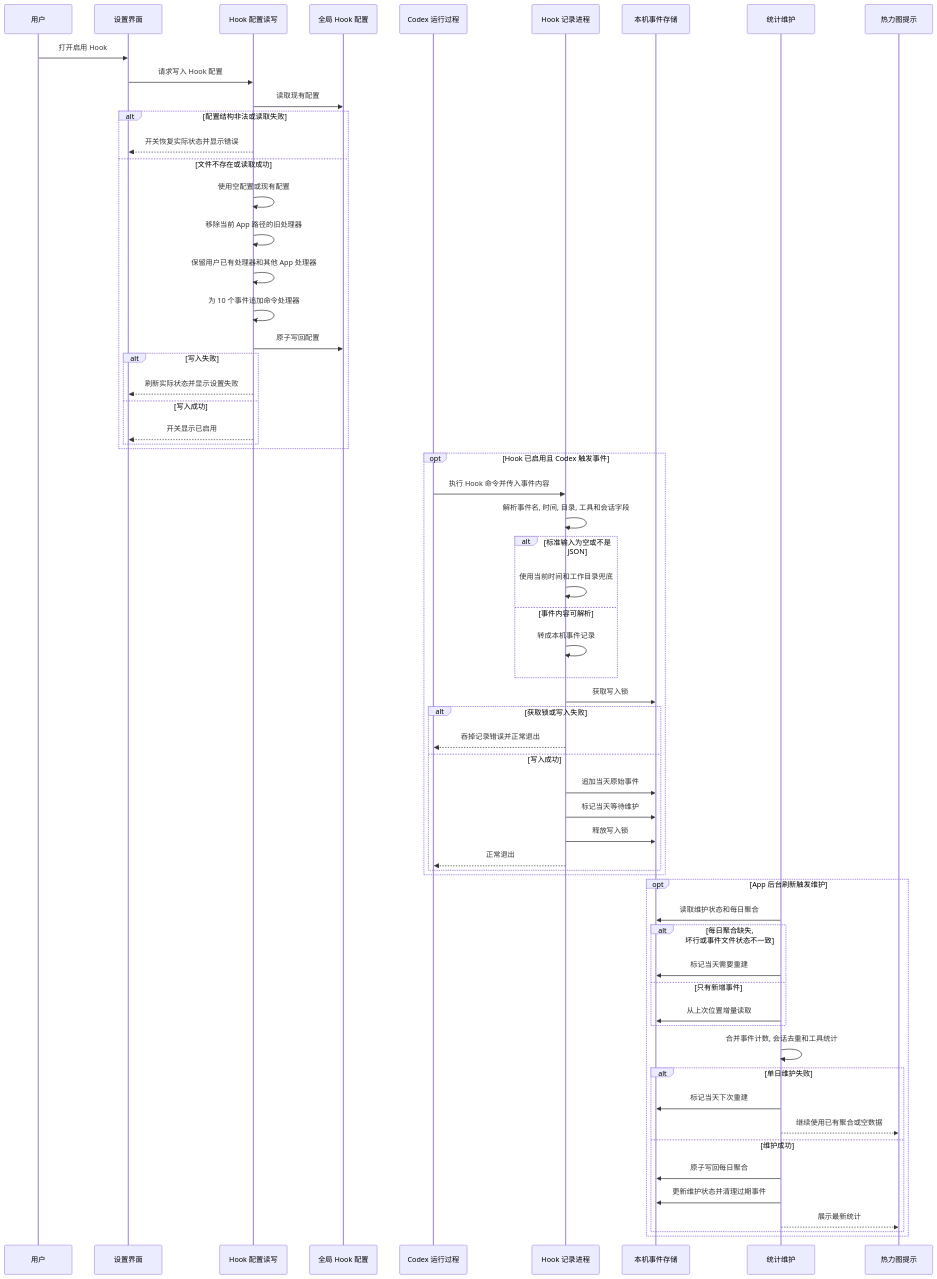
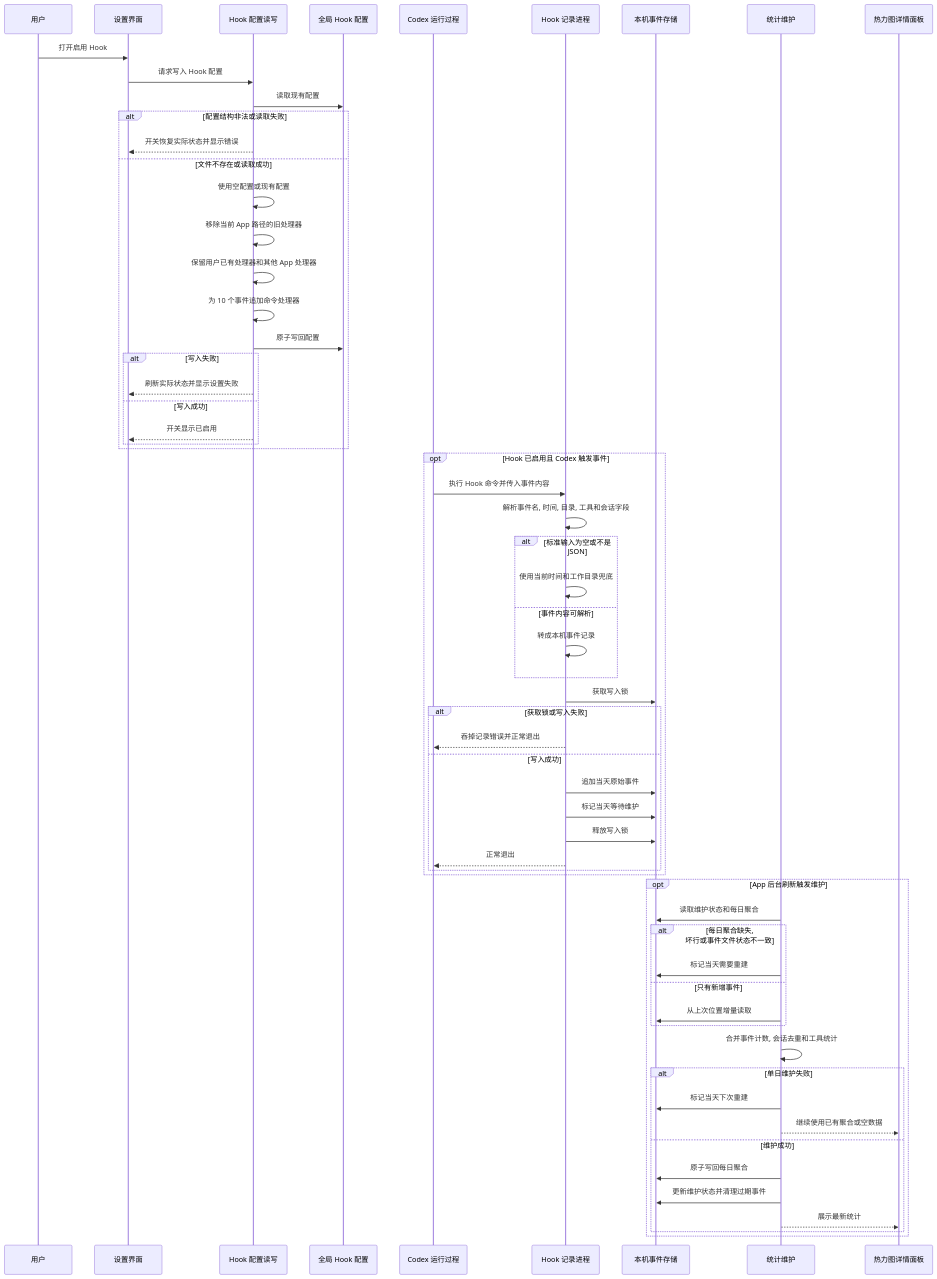
The fourth of 6 diagrams in Docs/DevelopmentGuide.md (bob-zebedy/CodexBar), drawn with Mermaid before and after one commit. The commit also changed other lines of this file and 21 other files, not shown here.

First line of the commit message:
feat: 添加全局快捷键和热力图详情

````diff
--- a/Docs/DevelopmentGuide.md
+++ b/Docs/DevelopmentGuide.md
@@ -531,70 +546,70 @@
 ```mermaid
 sequenceDiagram
     participant User as 用户
     participant Settings as 设置界面
     participant Config as Hook 配置读写
     participant File as 全局 Hook 配置
     participant Codex as Codex 运行过程
     participant HookApp as Hook 记录进程
     participant Store as 本机事件存储
     participant Stats as 统计维护
-    participant Tooltip as 热力图提示
+    participant Detail as 热力图详情面板
 
     User->>Settings: 打开启用 Hook
     Settings->>Config: 请求写入 Hook 配置
     Config->>File: 读取现有配置
 
     alt 配置结构非法或读取失败
         Config-->>Settings: 开关恢复实际状态并显示错误
     else 文件不存在或读取成功
         Config->>Config: 使用空配置或现有配置
         Config->>Config: 移除当前 App 路径的旧处理器
         Config->>Config: 保留用户已有处理器和其他 App 处理器
         Config->>Config: 为 10 个事件追加命令处理器
         Config->>File: 原子写回配置
         alt 写入失败
             Config-->>Settings: 刷新实际状态并显示设置失败
         else 写入成功
             Config-->>Settings: 开关显示已启用
         end
     end
 
     opt Hook 已启用且 Codex 触发事件
         Codex->>HookApp: 执行 Hook 命令并传入事件内容
         HookApp->>HookApp: 解析事件名, 时间, 目录, 工具和会话字段
         alt 标准输入为空或不是 JSON
             HookApp->>HookApp: 使用当前时间和工作目录兜底
         else 事件内容可解析
             HookApp->>HookApp: 转成本机事件记录
         end
 
         HookApp->>Store: 获取写入锁
         alt 获取锁或写入失败
             HookApp-->>Codex: 吞掉记录错误并正常退出
         else 写入成功
             HookApp->>Store: 追加当天原始事件
             HookApp->>Store: 标记当天等待维护
             HookApp->>Store: 释放写入锁
             HookApp-->>Codex: 正常退出
         end
     end
 
     opt App 后台刷新触发维护
         Stats->>Store: 读取维护状态和每日聚合
         alt 每日聚合缺失, 坏行或事件文件状态不一致
             Stats->>Store: 标记当天需要重建
         else 只有新增事件
             Stats->>Store: 从上次位置增量读取
         end
 
         Stats->>Stats: 合并事件计数, 会话去重和工具统计
         alt 单日维护失败
             Stats->>Store: 标记当天下次重建
-            Stats-->>Tooltip: 继续使用已有聚合或空数据
+            Stats-->>Detail: 继续使用已有聚合或空数据
         else 维护成功
             Stats->>Store: 原子写回每日聚合
             Stats->>Store: 更新维护状态并清理过期事件
-            Stats-->>Tooltip: 展示最新统计
+            Stats-->>Detail: 展示最新统计
         end
     end
 ```
````
